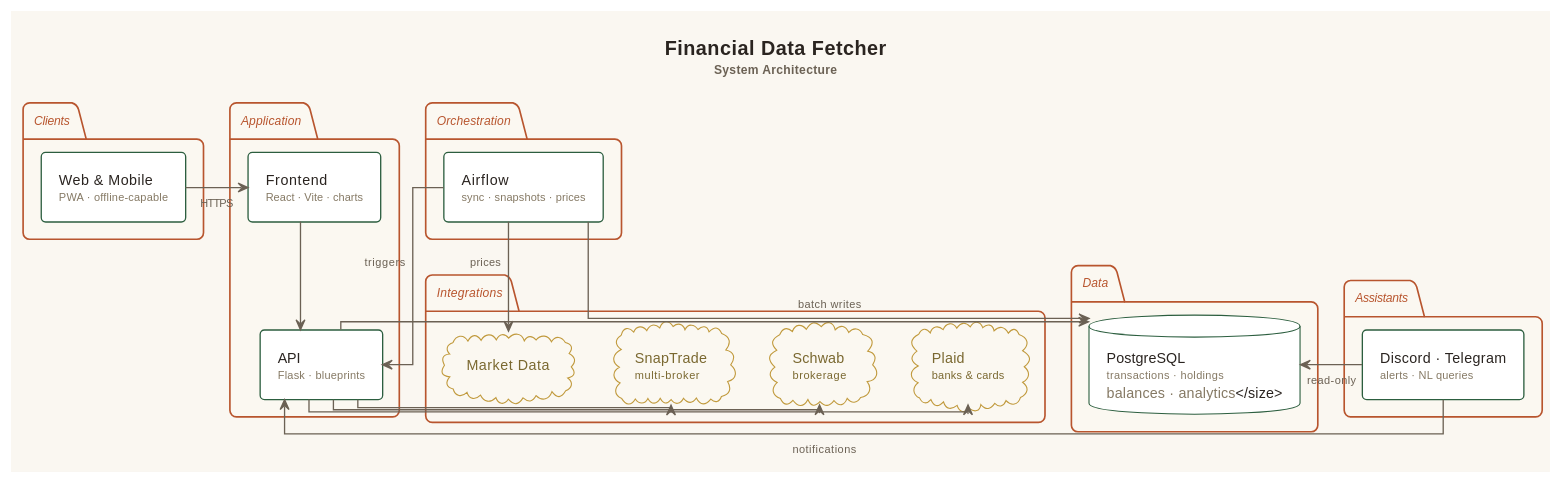
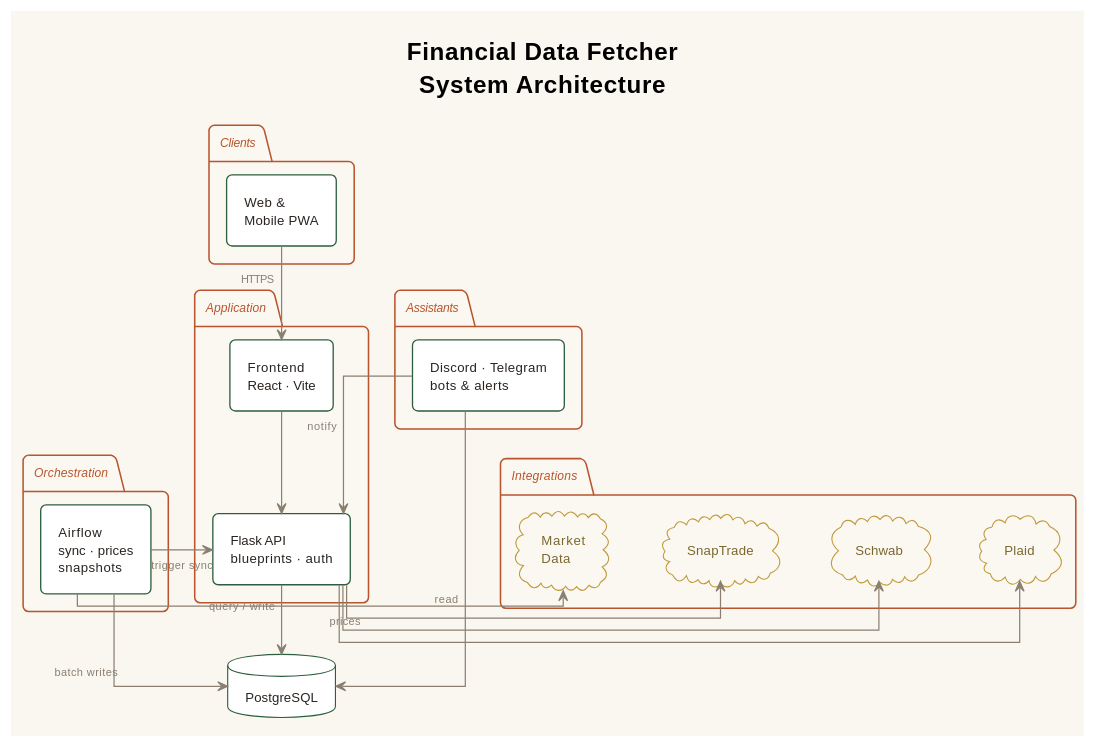
Before and after one commit to m-dur/docs: the first of 2 diagrams in README.md, drawn with PlantUML. The commit also changed other lines of this file, not shown here.

Commit message:
Cleaner diagram markup: drop fragile inline color/size spans, reorganize architecture flow top-down

````diff
--- a/README.md
+++ b/README.md
@@ -20,16 +20,20 @@
 ```plantuml
 @startuml
 !theme plain
+
 skinparam backgroundColor #faf7f1
 skinparam defaultFontName "IBM Plex Sans, Helvetica, Arial"
-skinparam defaultFontSize 13
+skinparam defaultFontSize 12
 skinparam shadowing false
+skinparam roundCorner 10
 skinparam padding 6
-skinparam roundCorner 8
 skinparam linetype ortho
-skinparam arrowThickness 1.2
-skinparam arrowColor #6b6154
-skinparam arrowFontColor #6b6154
+skinparam nodesep 50
+skinparam ranksep 55
+
+skinparam arrowThickness 1.1
+skinparam arrowColor #8a7f70
+skinparam arrowFontColor #8a7f70
 skinparam arrowFontSize 10
 
 skinparam rectangle {
@@ -37,17 +41,15 @@
   BorderThickness 1.2
   BackgroundColor #ffffff
   FontColor #2a2420
-  RoundCorner 8
 }
 
 skinparam package {
   BorderColor #b8552e
-  BorderThickness 1.5
+  BorderThickness 1.4
   BackgroundColor #fbf8f1
   FontColor #b8552e
   FontStyle italic
   FontSize 11
-  RoundCorner 12
 }
 
 skinparam database {
@@ -62,47 +64,49 @@
   FontColor #7a6830
 }
 
-title <size:18><color:#2a2420><b>Financial Data Fetcher</b></color></size>\n<size:11><color:#6b6154>System Architecture</color></size>
+title <b>Financial Data Fetcher</b>\nSystem Architecture
 
-package "Clients" as Clients {
-  rectangle "Web & Mobile\n<size:10><color:#857964>PWA · offline-capable</color></size>" as Web
+' ── Top row: clients + assistants ──
+package "Clients" as ClientPkg {
+  rectangle "Web &\nMobile PWA" as Web
 }
 
-package "Application" as App {
-  rectangle "Frontend\n<size:10><color:#857964>React · Vite · charts</color></size>" as FE
-  rectangle "API\n<size:10><color:#857964>Flask · blueprints</color></size>" as API
+package "Assistants" as AssistPkg {
+  rectangle "Discord · Telegram\nbots & alerts" as Bots
+}
+
+' ── Middle row: application + orchestration ──
+package "Application" as AppPkg {
+  rectangle "Frontend\nReact · Vite" as FE
+  rectangle "Flask API\nblueprints · auth" as API
   FE -down-> API
 }
 
-package "Orchestration" as Orch {
-  rectangle "Airflow\n<size:10><color:#857964>sync · snapshots · prices</color></size>" as Airflow
+package "Orchestration" as OrchPkg {
+  rectangle "Airflow\nsync · prices\nsnapshots" as Airflow
 }
 
-package "Integrations" as Integ {
-  cloud "Plaid\n<size:10>banks & cards</size>" as Plaid
-  cloud "Schwab\n<size:10>brokerage</size>" as Schwab
-  cloud "SnapTrade\n<size:10>multi-broker</size>" as SnapTrade
-  cloud "Market Data" as Market
+' ── Bottom row: data + integrations ──
+database "PostgreSQL" as DB
+
+package "Integrations" as IntegPkg {
+  cloud "Plaid" as Plaid
+  cloud "Schwab" as Schwab
+  cloud "SnapTrade" as SnapTrade
+  cloud "Market\nData" as Market
 }
 
-package "Data" as Data {
-  database "PostgreSQL\n<size:10><color:#857964>transactions · holdings</color>\n<color:#857964>balances · analytics</color></size>" as DB
-}
-
-package "Assistants" as Assist {
-  rectangle "Discord · Telegram\n<size:10><color:#857964>alerts · NL queries</color></size>" as Bots
-}
-
-Web -right-> FE : HTTPS
+' ── Connections (simple, minimal crossings) ──
+Web -down-> FE : HTTPS
+API -down-> DB : query / write
+Airflow -down-> DB : batch writes
+Airflow -left-> API : trigger sync
 API -right-> Plaid
 API -right-> Schwab
 API -right-> SnapTrade
-Airflow -down-> API : triggers
-Airflow -left-> Market : prices
-API -down-> DB
-Airflow -down-> DB : batch writes
-Bots -up-> DB : read-only
-Bots -right-> API : notifications
+Airflow -right-> Market : prices
+Bots -down-> DB : read
+Bots -down-> API : notify
 
 @enduml
 ```
````
